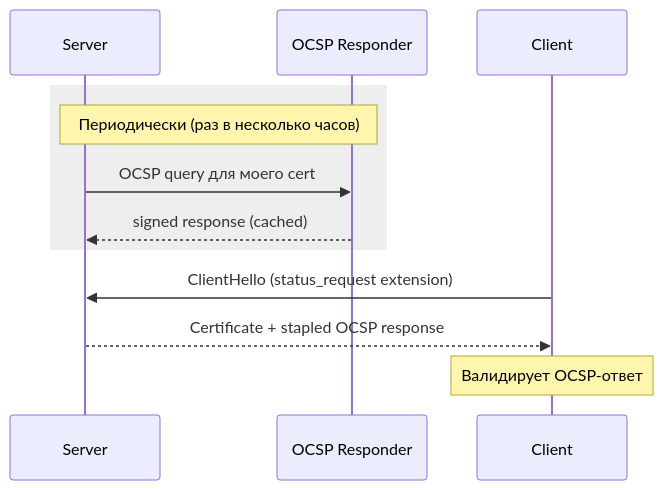
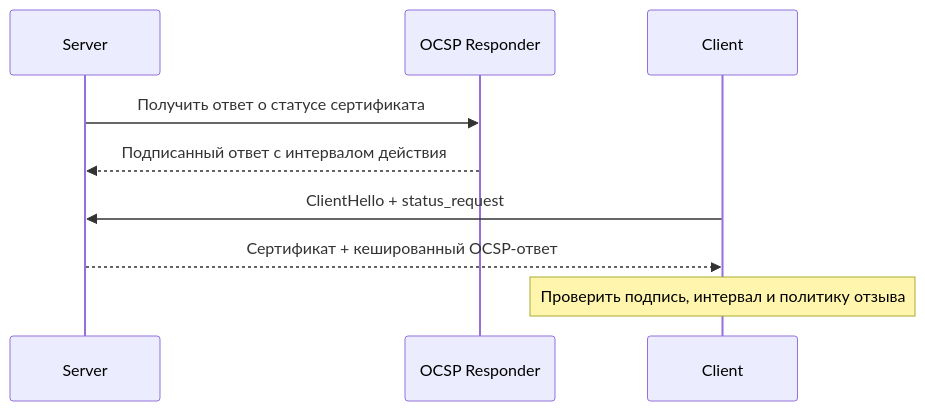
Before and after one commit to akeverus/cheat-sheet: the fifth of 9 diagrams in cheatsheets/interview/security/tls-ssl-interview.md, drawn with Mermaid. The commit also changed other lines of this file and 154 other files, not shown here.

````diff
--- a/cheatsheets/interview/security/tls-ssl-interview.md
+++ b/cheatsheets/interview/security/tls-ssl-interview.md
@@ -550,16 +557,12 @@
 ```mermaid
 sequenceDiagram
     participant Server
     participant OCSP as OCSP Responder
     participant Client
 
-    rect rgba(200,200,200,0.3)
-    Note over Server,OCSP: Периодически (раз в несколько часов)
-    Server->>OCSP: OCSP query для моего cert
-    OCSP-->>Server: signed response (cached)
-    end
-
-    Client->>Server: ClientHello (status_request extension)
-    Server-->>Client: Certificate + stapled OCSP response
-    Note over Client: Валидирует OCSP-ответ
+    Server->>OCSP: Получить ответ о статусе сертификата
+    OCSP-->>Server: Подписанный ответ с интервалом действия
+    Client->>Server: ClientHello + status_request
+    Server-->>Client: Сертификат + кешированный OCSP-ответ
+    Note over Client: Проверить подпись, интервал и политику отзыва
 ```
````
